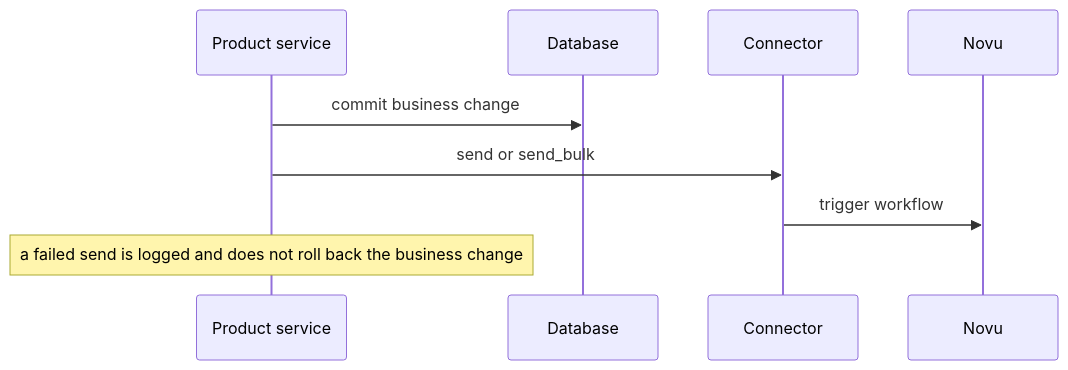
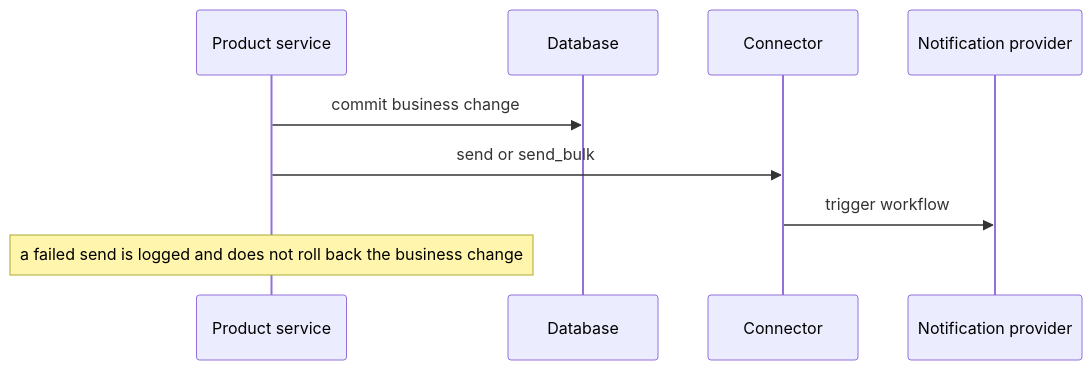
The second of 4 diagrams in platform/platform-services/notifications/architecture.md (OpenG2P/openg2p-documentation), drawn with Mermaid before and after one commit. The commit also changed other lines of this file and 14 other files, not shown here.

````diff
--- a/platform/platform-services/notifications/architecture.md
+++ b/platform/platform-services/notifications/architecture.md
@@ -36,11 +56,11 @@
 ```mermaid
 sequenceDiagram
   participant App as Product service
   participant DB as Database
   participant Connector as Connector
-  participant Novu as Novu
+  participant Provider as Notification provider
   App->>DB: commit business change
   App->>Connector: send or send_bulk
-  Connector->>Novu: trigger workflow
+  Connector->>Provider: trigger workflow
   Note over App: a failed send is logged and does not roll back the business change
 ```
````
